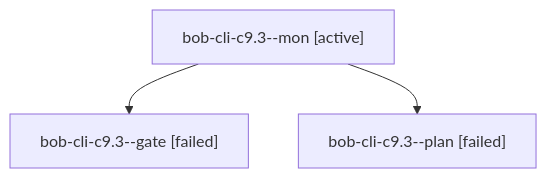
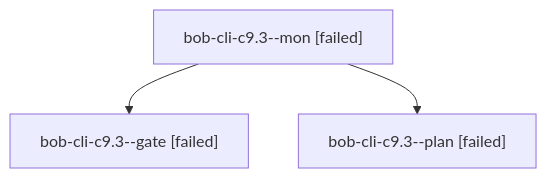
The diagram in sessions/bbugyi200.athena.bob-cli-c9.3.md (bobs-org/bob-cli--agents), drawn with Mermaid before and after one commit. The commit also changed other lines of this file and 81 other files, not shown here.

````diff
--- a/sessions/bbugyi200.athena.bob-cli-c9.3.md
+++ b/sessions/bbugyi200.athena.bob-cli-c9.3.md
@@ -9,8 +9,8 @@
 ```mermaid
 flowchart TD
-  n0["bob-cli-c9.3--mon [active]"]
+  n0["bob-cli-c9.3--mon [failed]"]
   n1["bob-cli-c9.3--gate [failed]"]
   n0 --> n1
   n2["bob-cli-c9.3--plan [failed]"]
   n0 --> n2
 ```
````
